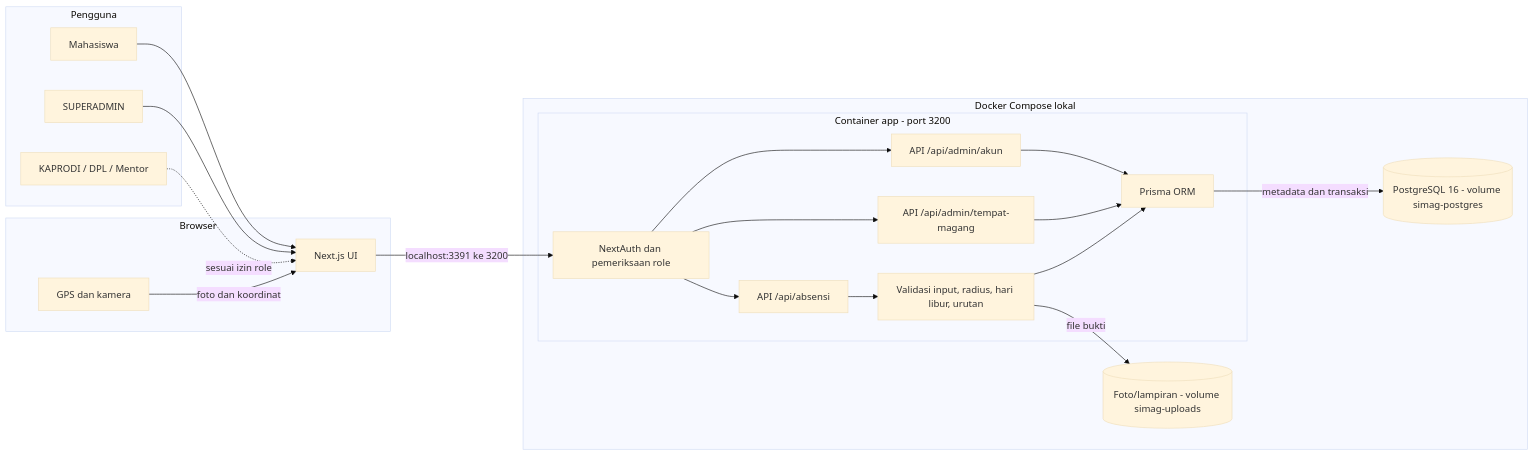
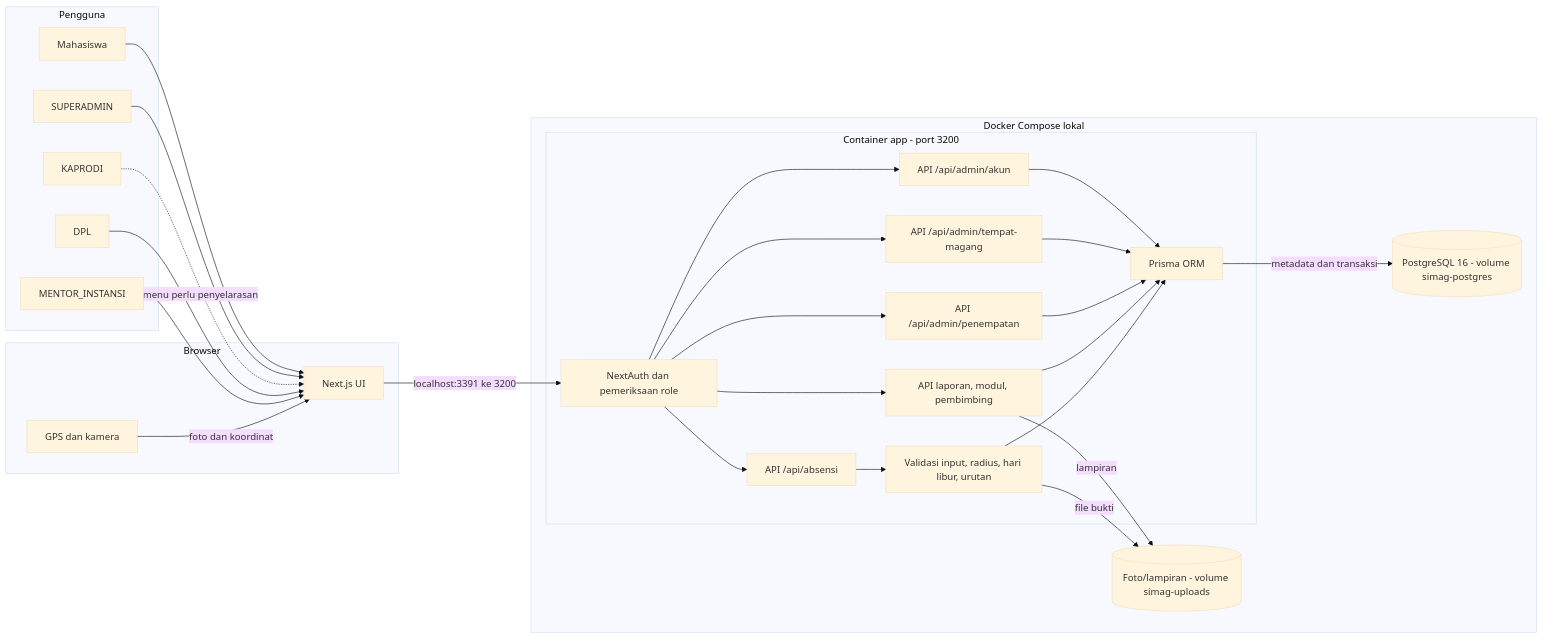
The ninth of 11 diagrams in README.md (Heat4Cliff/simag-bmkg-web), drawn with Mermaid (base theme) before and after one commit. The commit also changed other lines of this file, not shown here.

Commit message:
docs: jelaskan database dan seluruh role dalam UML README

````diff
--- a/README.md
+++ b/README.md
@@ -241,38 +366,49 @@
 ```mermaid
 flowchart LR
     subgraph AKTOR["Pengguna"]
         M["Mahasiswa"]
         A["SUPERADMIN"]
-        R["KAPRODI / DPL / Mentor"]
+        K["KAPRODI"]
+        D["DPL"]
+        T["MENTOR_INSTANSI"]
     end
     subgraph CLIENT["Browser"]
         UI["Next.js UI"]
         DEVICE["GPS dan kamera"]
     end
     subgraph DOCKER["Docker Compose lokal"]
         subgraph APP["Container app - port 3200"]
             AUTH["NextAuth dan pemeriksaan role"]
             API1["API /api/absensi"]
             API2["API /api/admin/akun"]
             API3["API /api/admin/tempat-magang"]
+            API4["API /api/admin/penempatan"]
+            API5["API laporan, modul, pembimbing"]
             RULES["Validasi input, radius, hari libur, urutan"]
             ORM["Prisma ORM"]
         end
         DB[("PostgreSQL 16 - volume simag-postgres")]
         FILES[("Foto/lampiran - volume simag-uploads")]
     end
     M --> UI
     A --> UI
-    R -. sesuai izin role .-> UI
+    K -. menu perlu penyelarasan .-> UI
+    D --> UI
+    T --> UI
     DEVICE -->|"foto dan koordinat"| UI
     UI -->|"localhost:3391 ke 3200"| AUTH
     AUTH --> API1
     AUTH --> API2
     AUTH --> API3
+    AUTH --> API4
+    AUTH --> API5
     API1 --> RULES
     API2 --> ORM
     API3 --> ORM
+    API4 --> ORM
+    API5 --> ORM
+    API5 -->|"lampiran"| FILES
     RULES --> ORM
     RULES -->|"file bukti"| FILES
     ORM -->|"metadata dan transaksi"| DB
 ```
````
